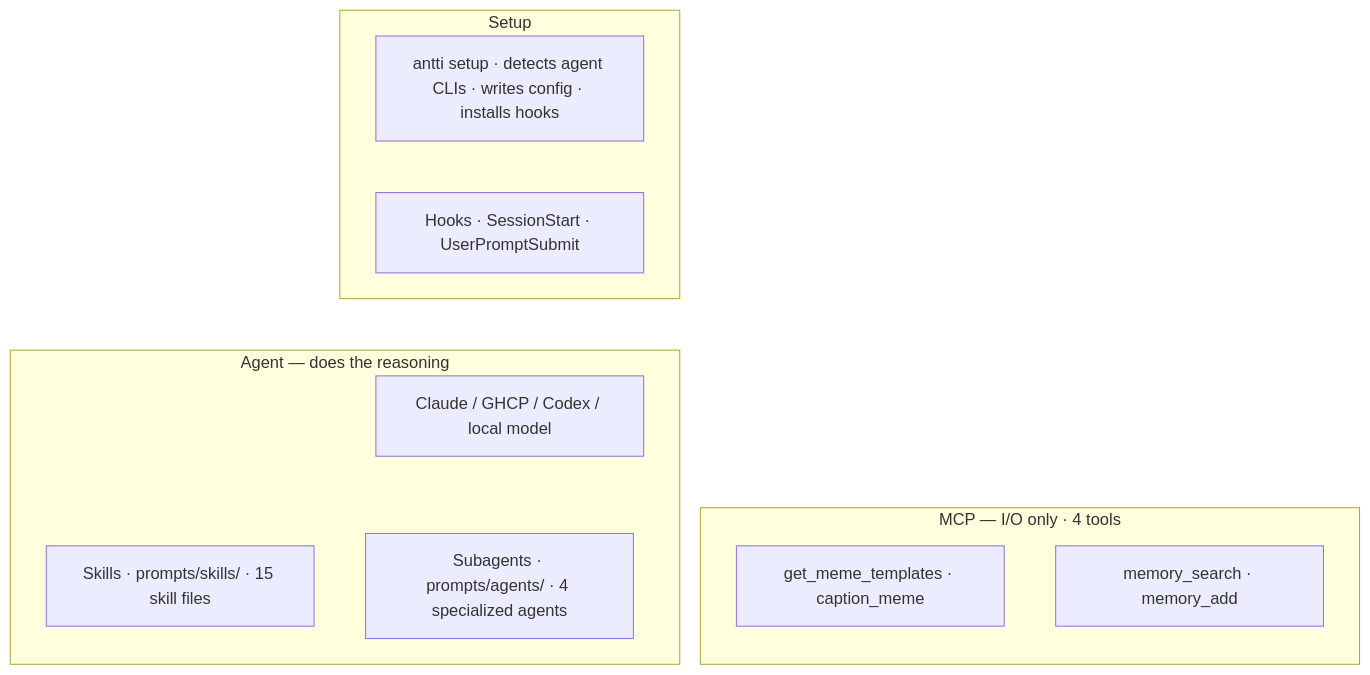
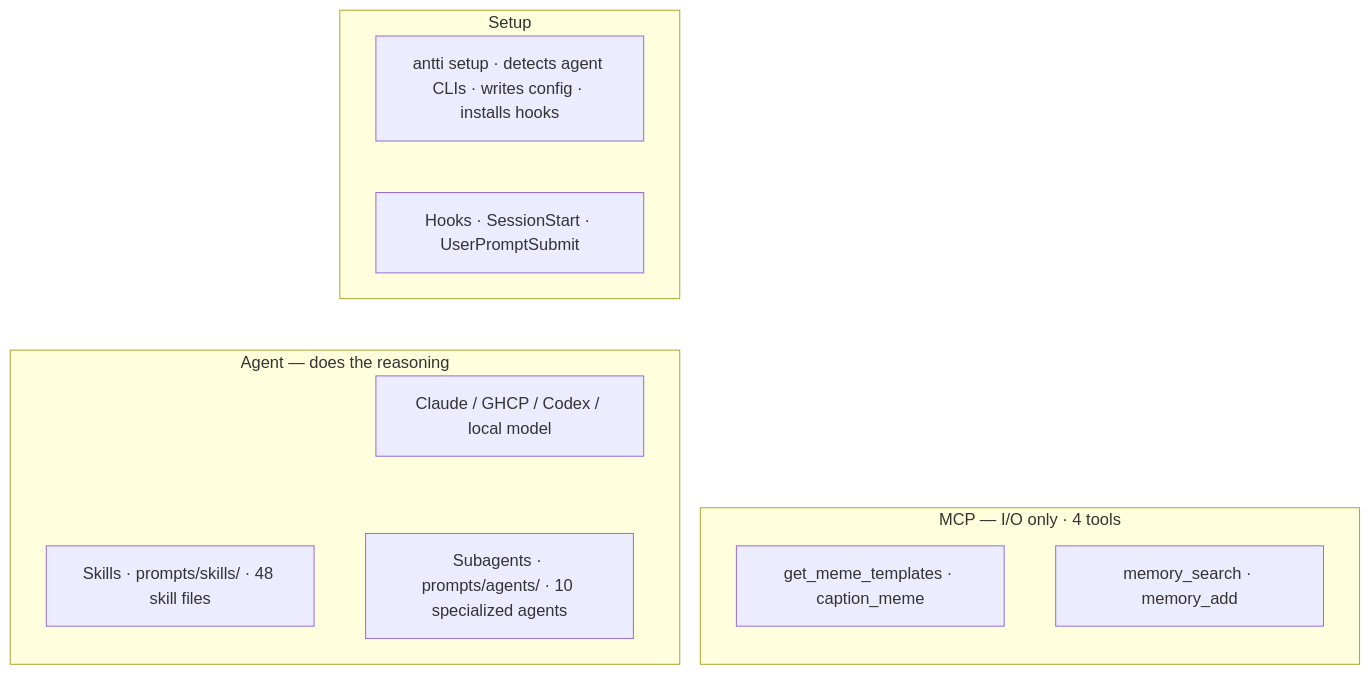
Before and after one commit to anttisyvanneproduction/abyss: the first of 2 diagrams in README.md, drawn with Mermaid. The commit also changed other lines of this file and 1 other file, not shown here.

````diff
--- a/README.md
+++ b/README.md
@@ -417,23 +460,23 @@
 ```mermaid
 graph TB
     subgraph "Agent — does the reasoning"
         claude[Claude / GHCP / Codex / local model]
-        skills[Skills · prompts/skills/ · 15 skill files]
-        agents[Subagents · prompts/agents/ · 4 specialized agents]
+        skills[Skills · prompts/skills/ · 48 skill files]
+        agents[Subagents · prompts/agents/ · 10 specialized agents]
     end
     subgraph "MCP — I/O only · 4 tools"
         meme_t[get_meme_templates · caption_meme]
         mem[memory_search · memory_add]
     end
     subgraph "Setup"
         setup[antti setup · detects agent CLIs · writes config · installs hooks]
         hooks[Hooks · SessionStart · UserPromptSubmit]
     end
 
     claude ~~~ skills
     claude ~~~ agents
     claude ~~~ meme_t
     claude ~~~ mem
     setup ~~~ hooks
     hooks ~~~ claude
 ```
````
